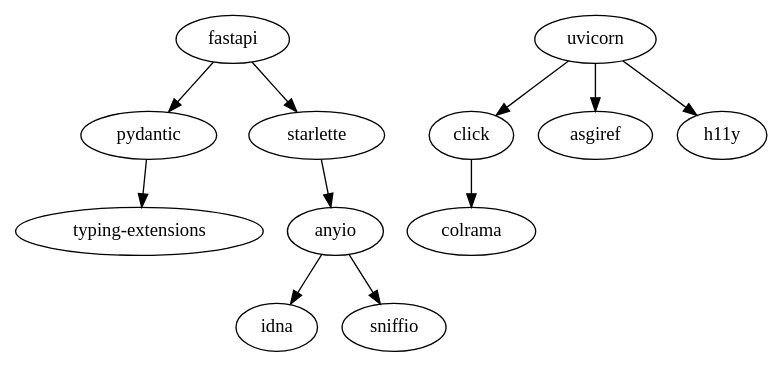
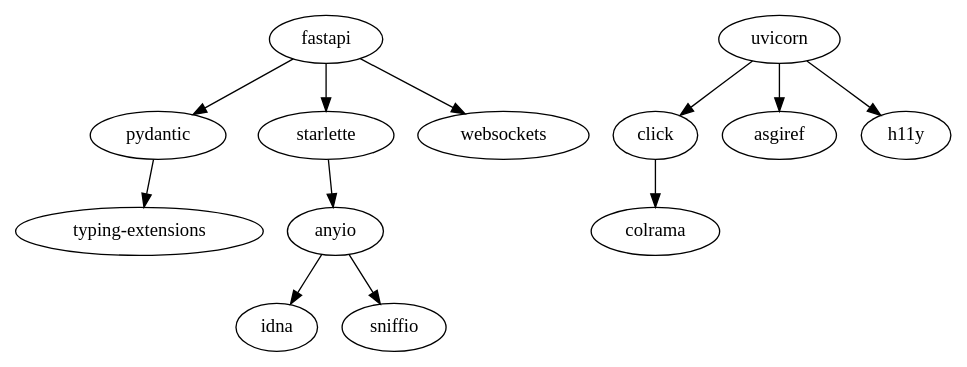
The diagram in dependency_graph.dot (BorisBredikhin/prduction-system-for-anomaly-detection), drawn with Graphviz before and after one commit. The commit also changed 34 other files, not shown here.

```diff
--- a/dependency_graph.dot
+++ b/dependency_graph.dot
@@ -1,12 +1,13 @@
 digraph {
     anyio -> idna
     anyio -> sniffio
     click -> colrama
     fastapi->pydantic
     fastapi->starlette
     pydantic -> "typing-extensions"
     starlette->anyio
     uvicorn->asgiref
     uvicorn->click
     uvicorn->h11y
+    fastapi->websockets
 }
```
